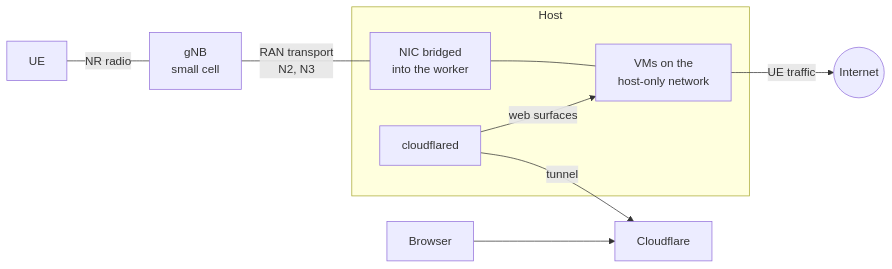
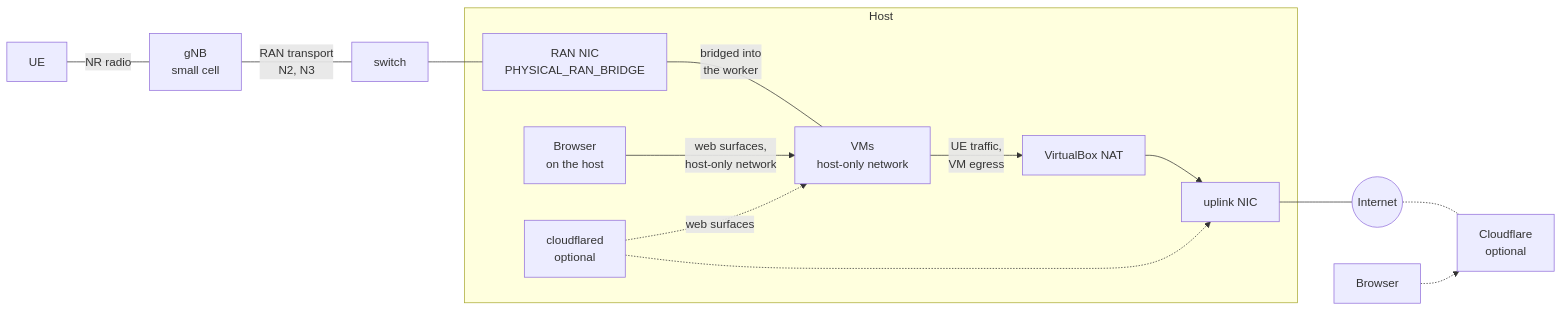
One commit to Jacobbista/kelt changed the first of 6 diagrams in docs/architecture/overview.md. Above: the diagram before and after it, drawn with Mermaid. The commit also changed other lines of this file and 2 other files, not shown here.

Commit message:
docs: thesis topology diagrams, three-stage NAT, optional tunnel and LAN sign-in limit

````diff
--- a/docs/architecture/overview.md
+++ b/docs/architecture/overview.md
@@ -33,21 +33,30 @@
 ```mermaid
 flowchart LR
     UE["UE"]
     GNB["gNB<br/>small cell"]
+    SW["switch"]
     subgraph HOST["Host"]
-        NIC["NIC bridged<br/>into the worker"]
-        VMS["VMs on the<br/>host-only network"]
-        CFD["cloudflared"]
+        RNIC["RAN NIC<br/>PHYSICAL_RAN_BRIDGE"]
+        VMS["VMs<br/>host-only network"]
+        VNAT["VirtualBox NAT"]
+        CFD["cloudflared<br/>optional"]
+        LBR["Browser<br/>on the host"]
+        UNIC["uplink NIC"]
     end
     NET(("Internet"))
-    CF["Cloudflare"]
+    CF["Cloudflare<br/>optional"]
     BR["Browser"]
 
     UE -- "NR radio" --- GNB
-    GNB -- "RAN transport<br/>N2, N3" --- NIC
-    NIC --- VMS
-    VMS -- "UE traffic" --> NET
-    CFD -- "tunnel" --> CF
-    BR --> CF
-    CFD -- "web surfaces" --> VMS
+    GNB -- "RAN transport<br/>N2, N3" --- SW
+    SW --- RNIC
+    RNIC -- "bridged into<br/>the worker" --- VMS
+    VMS -- "UE traffic,<br/>VM egress" --> VNAT
+    VNAT --> UNIC
+    UNIC --- NET
+    LBR -- "web surfaces,<br/>host-only network" --> VMS
+    CFD -.-> UNIC
+    NET -.- CF
+    BR -.-> CF
+    CFD -. "web surfaces" .-> VMS
 ```
````
